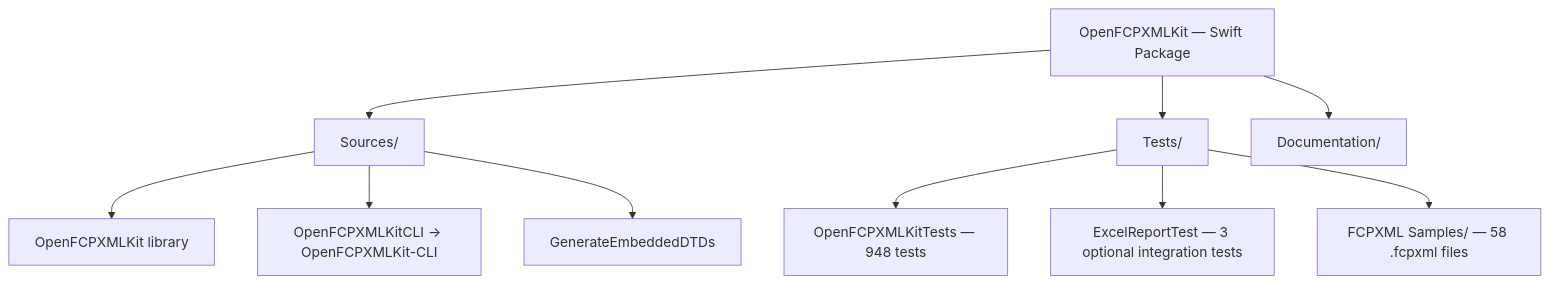
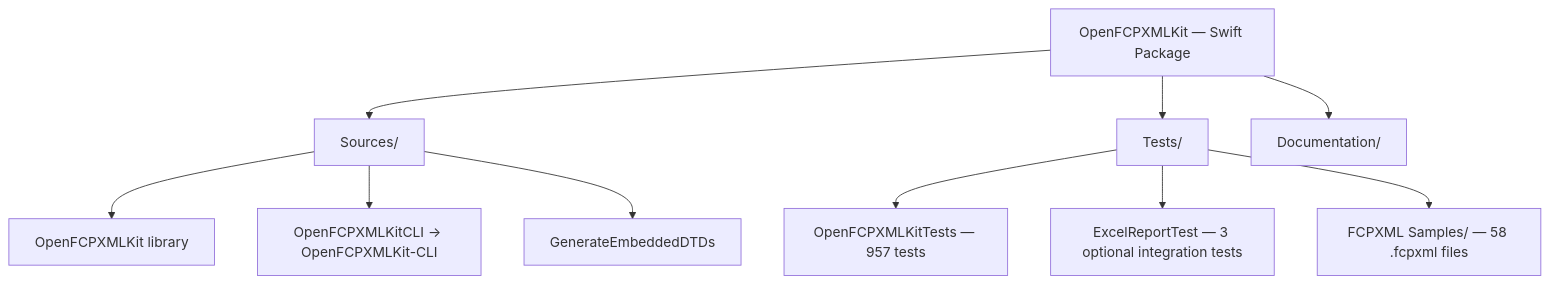
The first of 4 diagrams in ARCHITECTURE.md (TheAcharya/OpenFCPXMLKit), drawn with Mermaid before and after one commit. The commit also changed other lines of this file and 14 other files, not shown here.

````diff
--- a/ARCHITECTURE.md
+++ b/ARCHITECTURE.md
@@ -153,16 +154,16 @@
 ```mermaid
 flowchart TB
     Pkg["OpenFCPXMLKit — Swift Package"]
 
     Pkg --> SRC["Sources/"]
     Pkg --> TST["Tests/"]
     Pkg --> DOC["Documentation/"]
 
     SRC --> LIB["OpenFCPXMLKit library"]
     SRC --> CLI["OpenFCPXMLKitCLI → OpenFCPXMLKit-CLI"]
     SRC --> GEN["GenerateEmbeddedDTDs"]
 
-    TST --> OKT["OpenFCPXMLKitTests — 948 tests"]
+    TST --> OKT["OpenFCPXMLKitTests — 957 tests"]
     TST --> ERT["ExcelReportTest — 3 optional integration tests"]
     TST --> SMP["FCPXML Samples/ — 58 .fcpxml files"]
 ```
````
